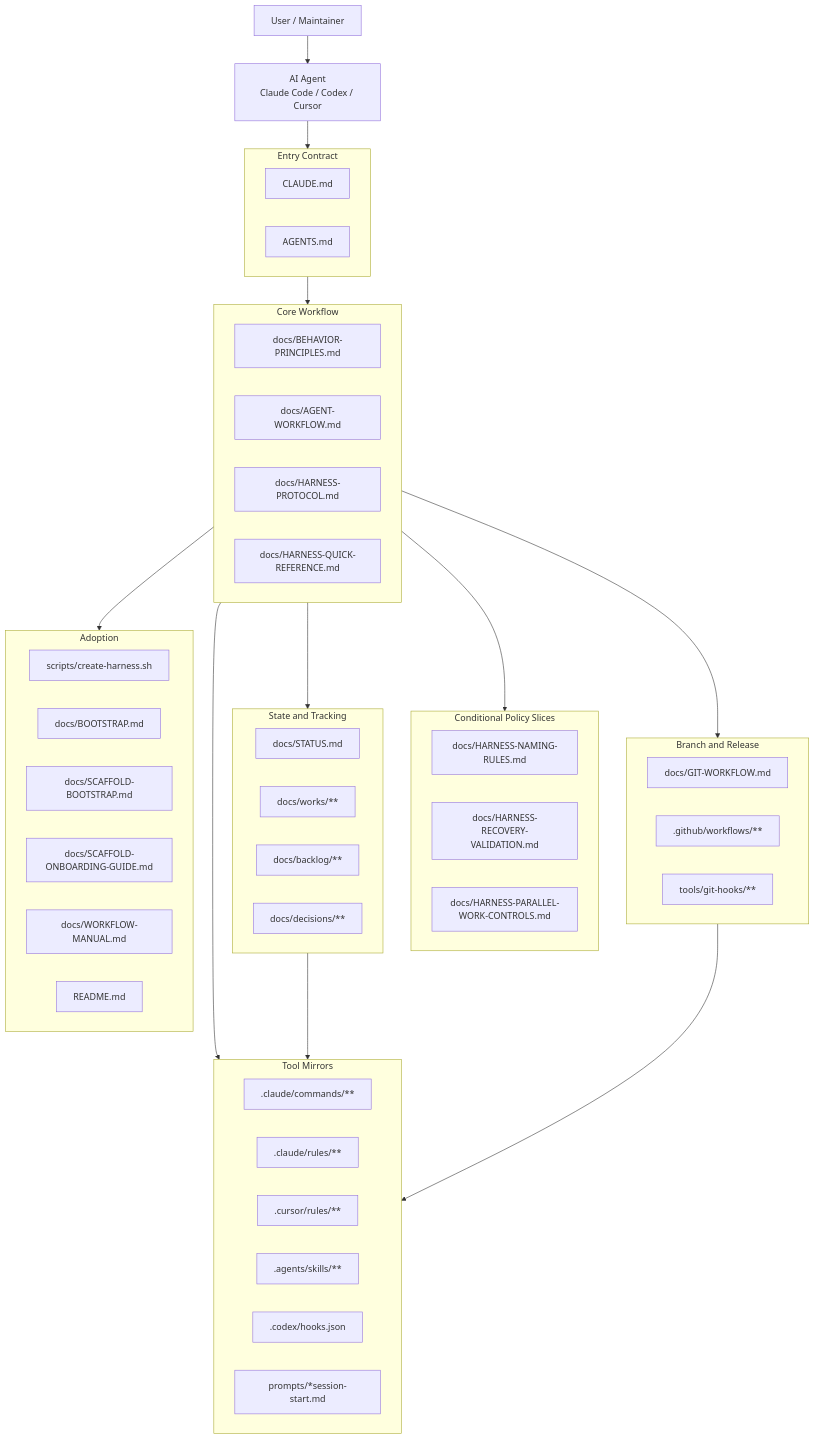
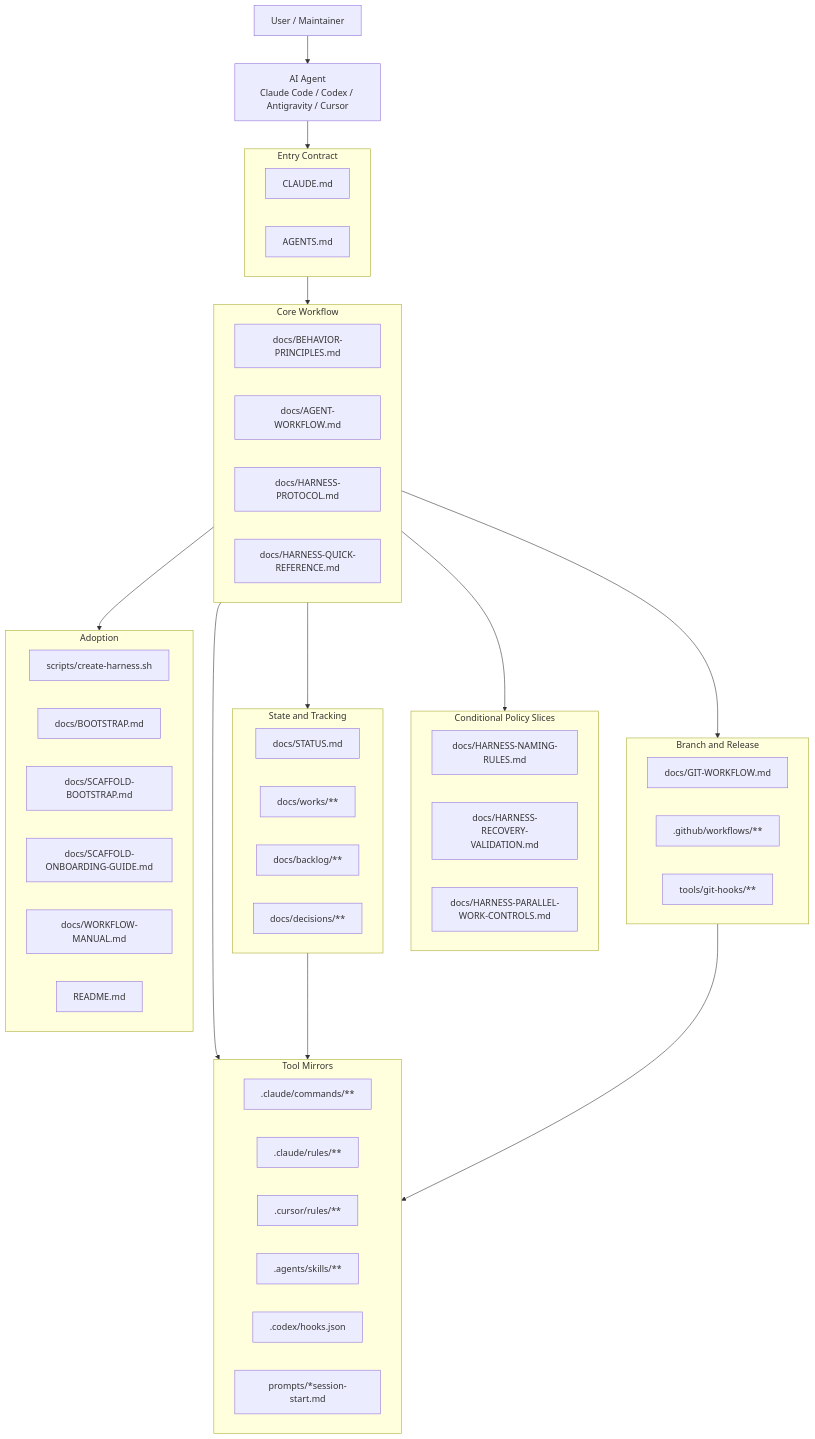
The first of 9 diagrams in docs/HARNESS-ARCHITECTURE.md (kyungseo/ai-workflow-harness), drawn with Mermaid before and after one commit. The commit also changed other lines of this file and 38 other files, not shown here.

````diff
--- a/docs/HARNESS-ARCHITECTURE.md
+++ b/docs/HARNESS-ARCHITECTURE.md
@@ -10,65 +10,65 @@
 ```mermaid
 graph TB
     USER["User / Maintainer"]
-    AGENT["AI Agent\nClaude Code / Codex / Cursor"]
+    AGENT["AI Agent\nClaude Code / Codex / Antigravity / Cursor"]
 
     subgraph ENTRY["Entry Contract"]
         CLAUDE["CLAUDE.md"]
         AGENTS["AGENTS.md"]
     end
 
     subgraph CORE["Core Workflow"]
         BP["docs/BEHAVIOR-PRINCIPLES.md"]
         AW["docs/AGENT-WORKFLOW.md"]
         HP["docs/HARNESS-PROTOCOL.md"]
         QR["docs/HARNESS-QUICK-REFERENCE.md"]
     end
 
     subgraph SLICES["Conditional Policy Slices"]
         NAMING["docs/HARNESS-NAMING-RULES.md"]
         RECOVERY["docs/HARNESS-RECOVERY-VALIDATION.md"]
         PARALLEL["docs/HARNESS-PARALLEL-WORK-CONTROLS.md"]
     end
 
     subgraph STATE["State and Tracking"]
         STATUS["docs/STATUS.md"]
         WORKS["docs/works/**"]
         BACKLOG["docs/backlog/**"]
         DR["docs/decisions/**"]
     end
 
     subgraph BRANCH["Branch and Release"]
         GIT["docs/GIT-WORKFLOW.md"]
         CI[".github/workflows/**"]
         HOOKS["tools/git-hooks/**"]
     end
 
     subgraph TOOLS["Tool Mirrors"]
         COMMANDS[".claude/commands/**"]
         CRULES[".claude/rules/**"]
         CURSOR[".cursor/rules/**"]
         SKILLS[".agents/skills/**"]
         CODEXHOOKS[".codex/hooks.json"]
         PROMPTS["prompts/*session-start.md"]
     end
 
     subgraph ADOPT["Adoption"]
         SCRIPT["scripts/create-harness.sh"]
         BOOTSTRAP["docs/BOOTSTRAP.md"]
         SCAFFOLD_BS["docs/SCAFFOLD-BOOTSTRAP.md"]
         ONBOARD["docs/SCAFFOLD-ONBOARDING-GUIDE.md"]
         MANUAL["docs/WORKFLOW-MANUAL.md"]
         README["README.md"]
     end
 
     USER --> AGENT
     AGENT --> ENTRY
     ENTRY --> CORE
     CORE --> SLICES
     CORE --> STATE
     CORE --> BRANCH
     CORE --> TOOLS
     STATE --> TOOLS
     BRANCH --> TOOLS
     CORE --> ADOPT
 ```
````
